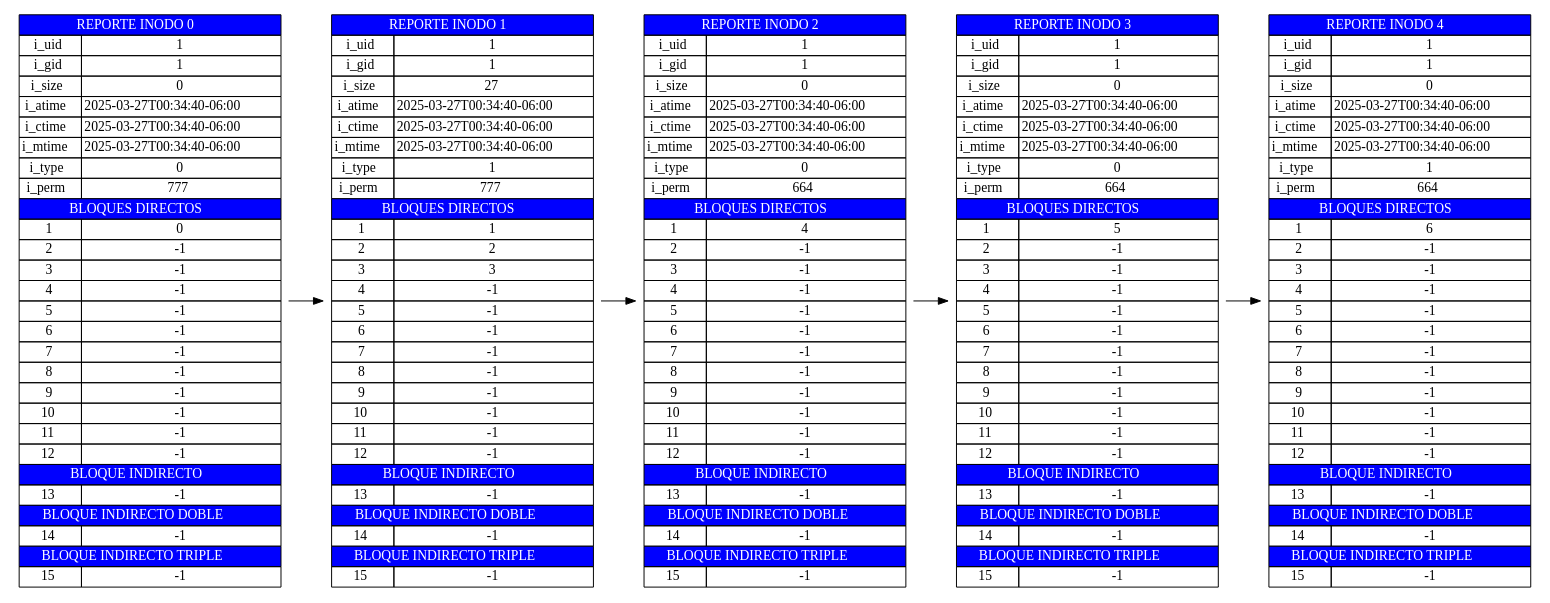
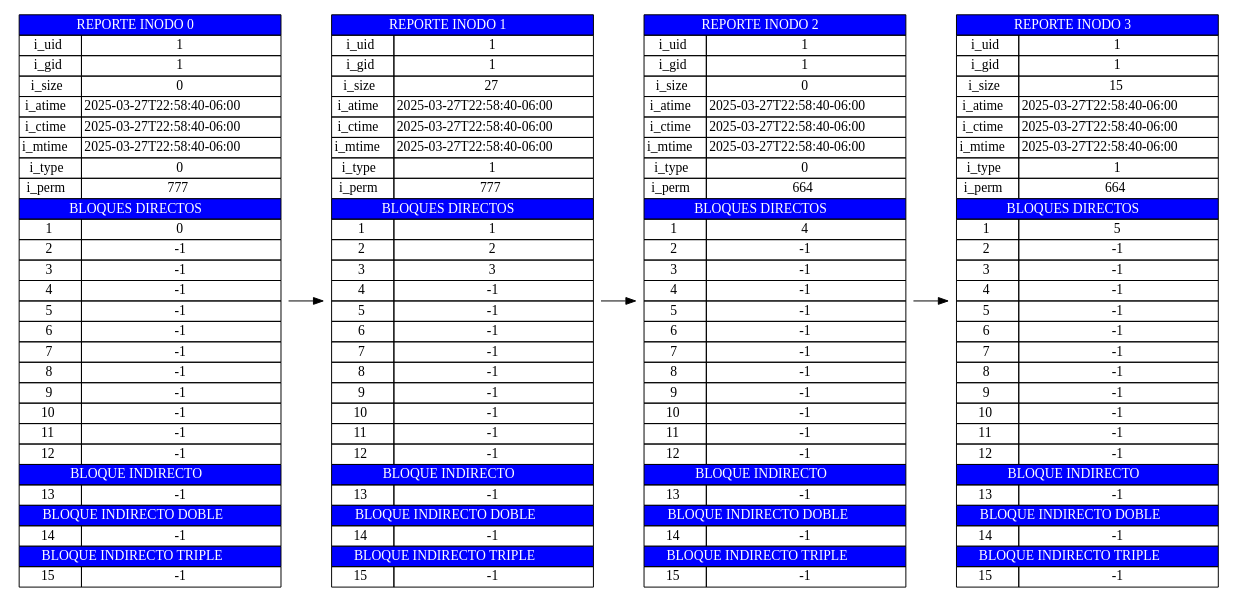
Before and after one commit to miguel-tubac/MIA_1S2025_P1_202101927: the diagram in server/src/salida/inodo.dot, drawn with Graphviz. The commit also changed 15 other files, not shown here.

```diff
--- a/server/src/salida/inodo.dot
+++ b/server/src/salida/inodo.dot
@@ -1,108 +1,87 @@
 digraph G {
 		rankdir=LR;
         node [shape=plaintext]
     inode0 [label=<
             <table border="0" cellborder="1" cellspacing="0">
                 <tr><td colspan="2" bgcolor="#0000FF"><font color="white"> REPORTE INODO 0 </font></td></tr>
                 <tr><td>i_uid</td><td>1</td></tr>
                 <tr><td>i_gid</td><td>1</td></tr>
                 <tr><td>i_size</td><td>0</td></tr>
-                <tr><td>i_atime</td><td>2025-03-27T00:34:40-06:00</td></tr>
-                <tr><td>i_ctime</td><td>2025-03-27T00:34:40-06:00</td></tr>
-                <tr><td>i_mtime</td><td>2025-03-27T00:34:40-06:00</td></tr>
+                <tr><td>i_atime</td><td>2025-03-27T22:58:40-06:00</td></tr>
+                <tr><td>i_ctime</td><td>2025-03-27T22:58:40-06:00</td></tr>
+                <tr><td>i_mtime</td><td>2025-03-27T22:58:40-06:00</td></tr>
                 <tr><td>i_type</td><td>0</td></tr>
                 <tr><td>i_perm</td><td>777</td></tr>
                 <tr><td colspan="2" bgcolor="#0000FF"><font color="white"> BLOQUES DIRECTOS </font></td></tr>
             <tr><td>1</td><td>0</td></tr><tr><td>2</td><td>-1</td></tr><tr><td>3</td><td>-1</td></tr><tr><td>4</td><td>-1</td></tr><tr><td>5</td><td>-1</td></tr><tr><td>6</td><td>-1</td></tr><tr><td>7</td><td>-1</td></tr><tr><td>8</td><td>-1</td></tr><tr><td>9</td><td>-1</td></tr><tr><td>10</td><td>-1</td></tr><tr><td>11</td><td>-1</td></tr><tr><td>12</td><td>-1</td></tr>
                 <tr><td colspan="2" bgcolor="#0000FF"><font color="white"> BLOQUE INDIRECTO </font></td></tr>
                 <tr><td>13</td><td>-1</td></tr>
                 <tr><td colspan="2" bgcolor="#0000FF"><font color="white"> BLOQUE INDIRECTO DOBLE </font></td></tr>
                 <tr><td>14</td><td>-1</td></tr>
                 <tr><td colspan="2" bgcolor="#0000FF"><font color="white"> BLOQUE INDIRECTO TRIPLE </font></td></tr>
                 <tr><td>15</td><td>-1</td></tr>
             </table>>];
         inode0 -> inode1;
 inode1 [label=<
             <table border="0" cellborder="1" cellspacing="0">
                 <tr><td colspan="2" bgcolor="#0000FF"><font color="white"> REPORTE INODO 1 </font></td></tr>
                 <tr><td>i_uid</td><td>1</td></tr>
                 <tr><td>i_gid</td><td>1</td></tr>
                 <tr><td>i_size</td><td>27</td></tr>
-                <tr><td>i_atime</td><td>2025-03-27T00:34:40-06:00</td></tr>
-                <tr><td>i_ctime</td><td>2025-03-27T00:34:40-06:00</td></tr>
-                <tr><td>i_mtime</td><td>2025-03-27T00:34:40-06:00</td></tr>
+                <tr><td>i_atime</td><td>2025-03-27T22:58:40-06:00</td></tr>
+                <tr><td>i_ctime</td><td>2025-03-27T22:58:40-06:00</td></tr>
+                <tr><td>i_mtime</td><td>2025-03-27T22:58:40-06:00</td></tr>
                 <tr><td>i_type</td><td>1</td></tr>
                 <tr><td>i_perm</td><td>777</td></tr>
                 <tr><td colspan="2" bgcolor="#0000FF"><font color="white"> BLOQUES DIRECTOS </font></td></tr>
             <tr><td>1</td><td>1</td></tr><tr><td>2</td><td>2</td></tr><tr><td>3</td><td>3</td></tr><tr><td>4</td><td>-1</td></tr><tr><td>5</td><td>-1</td></tr><tr><td>6</td><td>-1</td></tr><tr><td>7</td><td>-1</td></tr><tr><td>8</td><td>-1</td></tr><tr><td>9</td><td>-1</td></tr><tr><td>10</td><td>-1</td></tr><tr><td>11</td><td>-1</td></tr><tr><td>12</td><td>-1</td></tr>
                 <tr><td colspan="2" bgcolor="#0000FF"><font color="white"> BLOQUE INDIRECTO </font></td></tr>
                 <tr><td>13</td><td>-1</td></tr>
                 <tr><td colspan="2" bgcolor="#0000FF"><font color="white"> BLOQUE INDIRECTO DOBLE </font></td></tr>
                 <tr><td>14</td><td>-1</td></tr>
                 <tr><td colspan="2" bgcolor="#0000FF"><font color="white"> BLOQUE INDIRECTO TRIPLE </font></td></tr>
                 <tr><td>15</td><td>-1</td></tr>
             </table>>];
         inode1 -> inode2;
 inode2 [label=<
             <table border="0" cellborder="1" cellspacing="0">
                 <tr><td colspan="2" bgcolor="#0000FF"><font color="white"> REPORTE INODO 2 </font></td></tr>
                 <tr><td>i_uid</td><td>1</td></tr>
                 <tr><td>i_gid</td><td>1</td></tr>
                 <tr><td>i_size</td><td>0</td></tr>
-                <tr><td>i_atime</td><td>2025-03-27T00:34:40-06:00</td></tr>
-                <tr><td>i_ctime</td><td>2025-03-27T00:34:40-06:00</td></tr>
-                <tr><td>i_mtime</td><td>2025-03-27T00:34:40-06:00</td></tr>
+                <tr><td>i_atime</td><td>2025-03-27T22:58:40-06:00</td></tr>
+                <tr><td>i_ctime</td><td>2025-03-27T22:58:40-06:00</td></tr>
+                <tr><td>i_mtime</td><td>2025-03-27T22:58:40-06:00</td></tr>
                 <tr><td>i_type</td><td>0</td></tr>
                 <tr><td>i_perm</td><td>664</td></tr>
                 <tr><td colspan="2" bgcolor="#0000FF"><font color="white"> BLOQUES DIRECTOS </font></td></tr>
             <tr><td>1</td><td>4</td></tr><tr><td>2</td><td>-1</td></tr><tr><td>3</td><td>-1</td></tr><tr><td>4</td><td>-1</td></tr><tr><td>5</td><td>-1</td></tr><tr><td>6</td><td>-1</td></tr><tr><td>7</td><td>-1</td></tr><tr><td>8</td><td>-1</td></tr><tr><td>9</td><td>-1</td></tr><tr><td>10</td><td>-1</td></tr><tr><td>11</td><td>-1</td></tr><tr><td>12</td><td>-1</td></tr>
                 <tr><td colspan="2" bgcolor="#0000FF"><font color="white"> BLOQUE INDIRECTO </font></td></tr>
                 <tr><td>13</td><td>-1</td></tr>
                 <tr><td colspan="2" bgcolor="#0000FF"><font color="white"> BLOQUE INDIRECTO DOBLE </font></td></tr>
                 <tr><td>14</td><td>-1</td></tr>
                 <tr><td colspan="2" bgcolor="#0000FF"><font color="white"> BLOQUE INDIRECTO TRIPLE </font></td></tr>
                 <tr><td>15</td><td>-1</td></tr>
             </table>>];
         inode2 -> inode3;
 inode3 [label=<
             <table border="0" cellborder="1" cellspacing="0">
                 <tr><td colspan="2" bgcolor="#0000FF"><font color="white"> REPORTE INODO 3 </font></td></tr>
                 <tr><td>i_uid</td><td>1</td></tr>
                 <tr><td>i_gid</td><td>1</td></tr>
-                <tr><td>i_size</td><td>0</td></tr>
-                <tr><td>i_atime</td><td>2025-03-27T00:34:40-06:00</td></tr>
-                <tr><td>i_ctime</td><td>2025-03-27T00:34:40-06:00</td></tr>
-                <tr><td>i_mtime</td><td>2025-03-27T00:34:40-06:00</td></tr>
-                <tr><td>i_type</td><td>0</td></tr>
+                <tr><td>i_size</td><td>15</td></tr>
+                <tr><td>i_atime</td><td>2025-03-27T22:58:40-06:00</td></tr>
+                <tr><td>i_ctime</td><td>2025-03-27T22:58:40-06:00</td></tr>
+                <tr><td>i_mtime</td><td>2025-03-27T22:58:40-06:00</td></tr>
+                <tr><td>i_type</td><td>1</td></tr>
                 <tr><td>i_perm</td><td>664</td></tr>
                 <tr><td colspan="2" bgcolor="#0000FF"><font color="white"> BLOQUES DIRECTOS </font></td></tr>
             <tr><td>1</td><td>5</td></tr><tr><td>2</td><td>-1</td></tr><tr><td>3</td><td>-1</td></tr><tr><td>4</td><td>-1</td></tr><tr><td>5</td><td>-1</td></tr><tr><td>6</td><td>-1</td></tr><tr><td>7</td><td>-1</td></tr><tr><td>8</td><td>-1</td></tr><tr><td>9</td><td>-1</td></tr><tr><td>10</td><td>-1</td></tr><tr><td>11</td><td>-1</td></tr><tr><td>12</td><td>-1</td></tr>
                 <tr><td colspan="2" bgcolor="#0000FF"><font color="white"> BLOQUE INDIRECTO </font></td></tr>
                 <tr><td>13</td><td>-1</td></tr>
                 <tr><td colspan="2" bgcolor="#0000FF"><font color="white"> BLOQUE INDIRECTO DOBLE </font></td></tr>
                 <tr><td>14</td><td>-1</td></tr>
                 <tr><td colspan="2" bgcolor="#0000FF"><font color="white"> BLOQUE INDIRECTO TRIPLE </font></td></tr>
                 <tr><td>15</td><td>-1</td></tr>
             </table>>];
-        inode3 -> inode4;
-inode4 [label=<
-            <table border="0" cellborder="1" cellspacing="0">
-                <tr><td colspan="2" bgcolor="#0000FF"><font color="white"> REPORTE INODO 4 </font></td></tr>
-                <tr><td>i_uid</td><td>1</td></tr>
-                <tr><td>i_gid</td><td>1</td></tr>
-                <tr><td>i_size</td><td>0</td></tr>
-                <tr><td>i_atime</td><td>2025-03-27T00:34:40-06:00</td></tr>
-                <tr><td>i_ctime</td><td>2025-03-27T00:34:40-06:00</td></tr>
-                <tr><td>i_mtime</td><td>2025-03-27T00:34:40-06:00</td></tr>
-                <tr><td>i_type</td><td>1</td></tr>
-                <tr><td>i_perm</td><td>664</td></tr>
-                <tr><td colspan="2" bgcolor="#0000FF"><font color="white"> BLOQUES DIRECTOS </font></td></tr>
-            <tr><td>1</td><td>6</td></tr><tr><td>2</td><td>-1</td></tr><tr><td>3</td><td>-1</td></tr><tr><td>4</td><td>-1</td></tr><tr><td>5</td><td>-1</td></tr><tr><td>6</td><td>-1</td></tr><tr><td>7</td><td>-1</td></tr><tr><td>8</td><td>-1</td></tr><tr><td>9</td><td>-1</td></tr><tr><td>10</td><td>-1</td></tr><tr><td>11</td><td>-1</td></tr><tr><td>12</td><td>-1</td></tr>
-                <tr><td colspan="2" bgcolor="#0000FF"><font color="white"> BLOQUE INDIRECTO </font></td></tr>
-                <tr><td>13</td><td>-1</td></tr>
-                <tr><td colspan="2" bgcolor="#0000FF"><font color="white"> BLOQUE INDIRECTO DOBLE </font></td></tr>
-                <tr><td>14</td><td>-1</td></tr>
-                <tr><td colspan="2" bgcolor="#0000FF"><font color="white"> BLOQUE INDIRECTO TRIPLE </font></td></tr>
-                <tr><td>15</td><td>-1</td></tr>
-            </table>>];
         }
```
